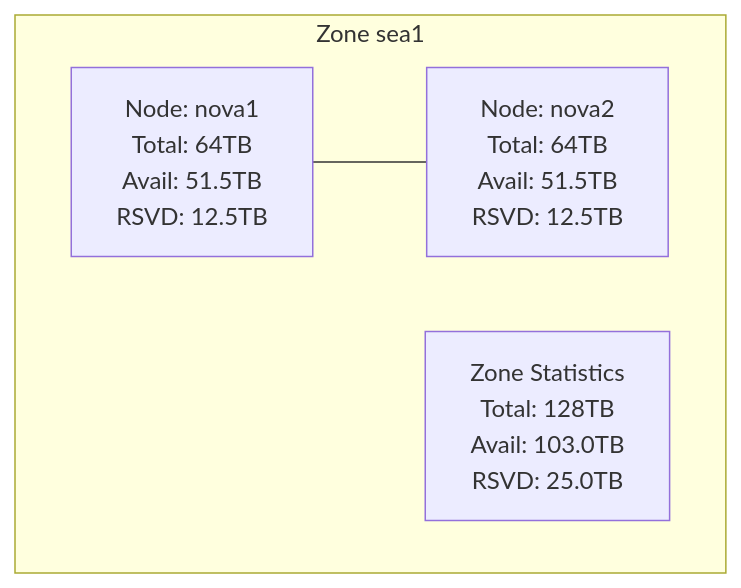
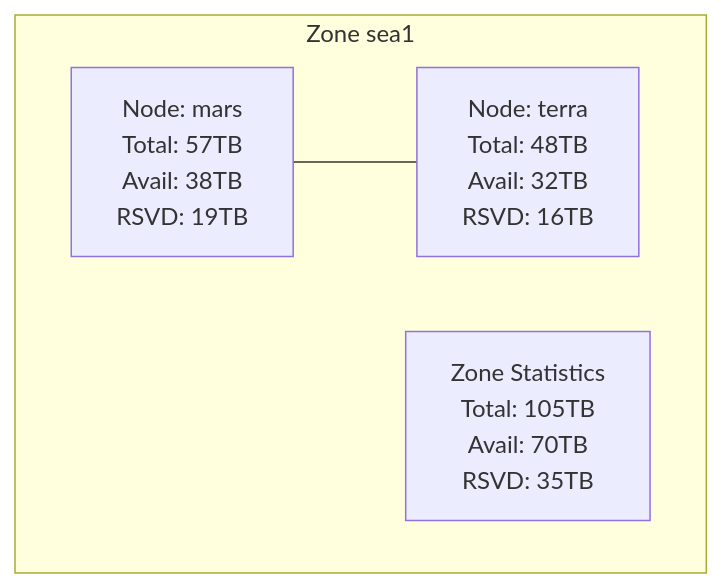
The third of 6 diagrams in README.md (dastron/storage-cluster), drawn with Mermaid before and after one commit. The commit also changed other lines of this file, not shown here.

````diff
--- a/README.md
+++ b/README.md
@@ -150,12 +122,12 @@
 ```mermaid
 graph TD
     subgraph "Zone sea1"
         direction LR
-        Nova1["Node: nova1<br>Total: 64TB<br>Avail: 51.5TB<br>RSVD: 12.5TB"]
-        Nova2["Node: nova2<br>Total: 64TB<br>Avail: 51.5TB<br>RSVD: 12.5TB"]
+        Mars["Node: mars<br>Total: 57TB<br>Avail: 38TB<br>RSVD: 19TB"]
+        Terra["Node: terra<br>Total: 48TB<br>Avail: 32TB<br>RSVD: 16TB"]
         
-        ZoneStats["Zone Statistics<br>Total: 128TB<br>Avail: 103.0TB<br>RSVD: 25.0TB"]
+        ZoneStats["Zone Statistics<br>Total: 105TB<br>Avail: 70TB<br>RSVD: 35TB"]
     end
     
-    Nova1 --- Nova2
+    Mars --- Terra
 ```
````
